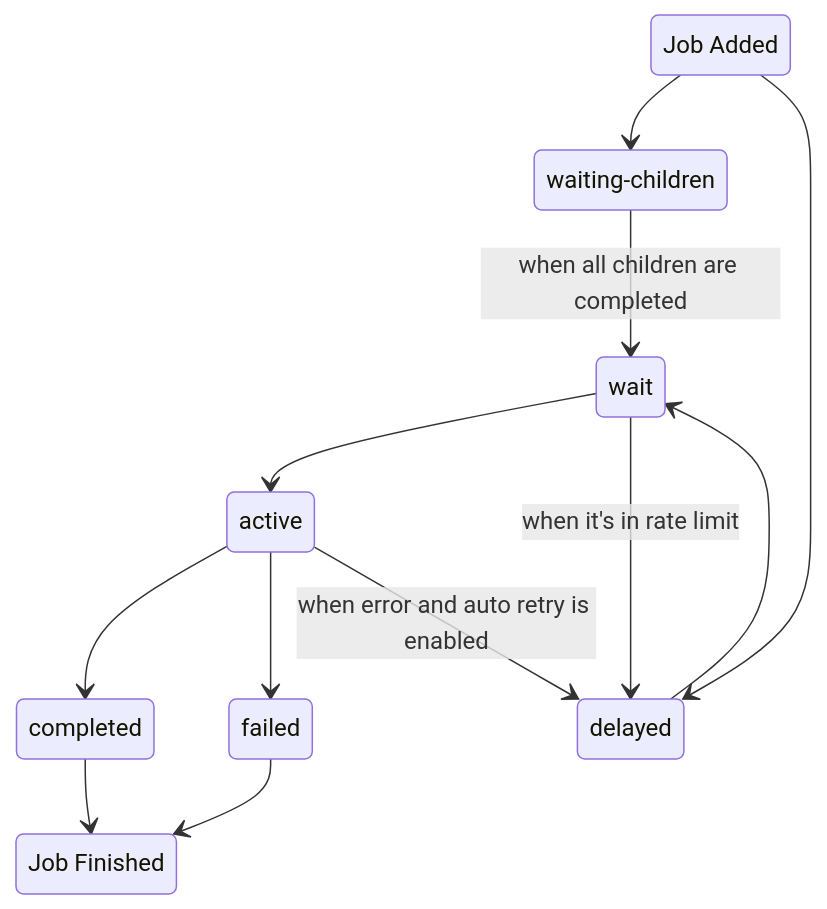
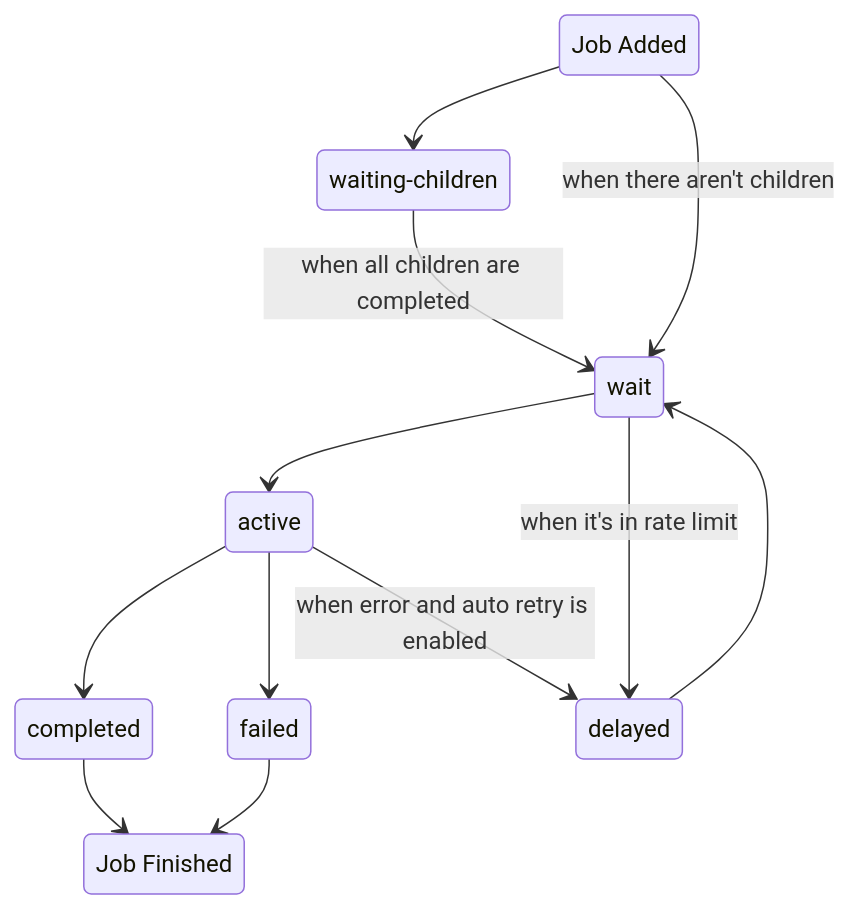
The second of 2 diagrams in docs/gitbook/guide/architecture.md (taskforcesh/bullmq), drawn with Mermaid before and after one commit. The commit also changed other lines of this file, not shown here.

Commit message:
docs: explain add flow diagram

````diff
--- a/docs/gitbook/guide/architecture.md
+++ b/docs/gitbook/guide/architecture.md
@@ -31,17 +33,17 @@
 ```mermaid
 stateDiagram-v2
 state "Job Added" as ja
 state "Job Finished" as jf
 state "waiting-children" as wc
     ja --> wc
-    ja --> delayed
+    ja --> wait : when there aren't children
     wc --> wait : when all children are completed
     wait --> active
     wait --> delayed : when it's in rate limit
     delayed --> wait
     active --> completed
     active --> failed
     completed --> jf
     failed --> jf
     active --> delayed : when error and auto retry is enabled
 ```
````
